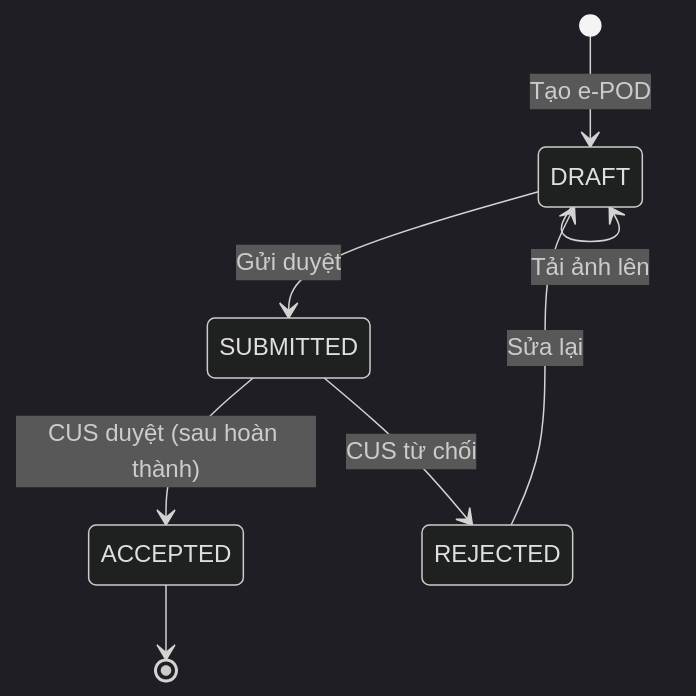
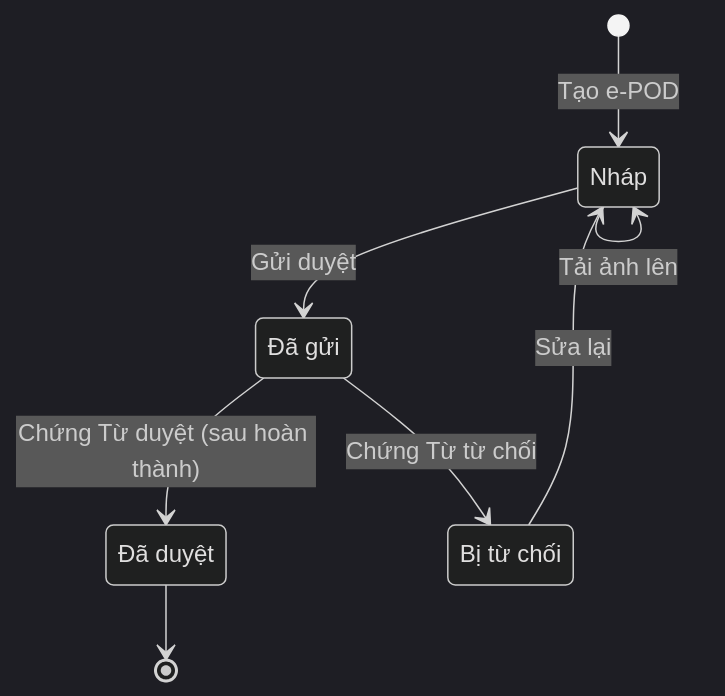
The sixth of 7 diagrams in docs/prd/quy-trinh-cus-dieuvan-laixe.md (4rankng/silversea), drawn with Mermaid (dark theme) before and after one commit. The commit also changed other lines of this file, not shown here.

````diff
--- a/docs/prd/quy-trinh-cus-dieuvan-laixe.md
+++ b/docs/prd/quy-trinh-cus-dieuvan-laixe.md
@@ -206,10 +211,15 @@
 ```mermaid
 stateDiagram-v2
-    [*] --> DRAFT : Tạo e-POD
-    DRAFT --> DRAFT : Tải ảnh lên
-    DRAFT --> SUBMITTED : Gửi duyệt
-    SUBMITTED --> ACCEPTED : CUS duyệt (sau hoàn thành)
-    SUBMITTED --> REJECTED : CUS từ chối
-    REJECTED --> DRAFT : Sửa lại
-    ACCEPTED --> [*]
+    state "Nháp" as nhap
+    state "Đã gửi" as daGui
+    state "Đã duyệt" as duyet
+    state "Bị từ chối" as tuChoi
+
+    [*] --> nhap : Tạo e-POD
+    nhap --> nhap : Tải ảnh lên
+    nhap --> daGui : Gửi duyệt
+    daGui --> duyet : Chứng Từ duyệt (sau hoàn thành)
+    daGui --> tuChoi : Chứng Từ từ chối
+    tuChoi --> nhap : Sửa lại
+    duyet --> [*]
 ```
````
